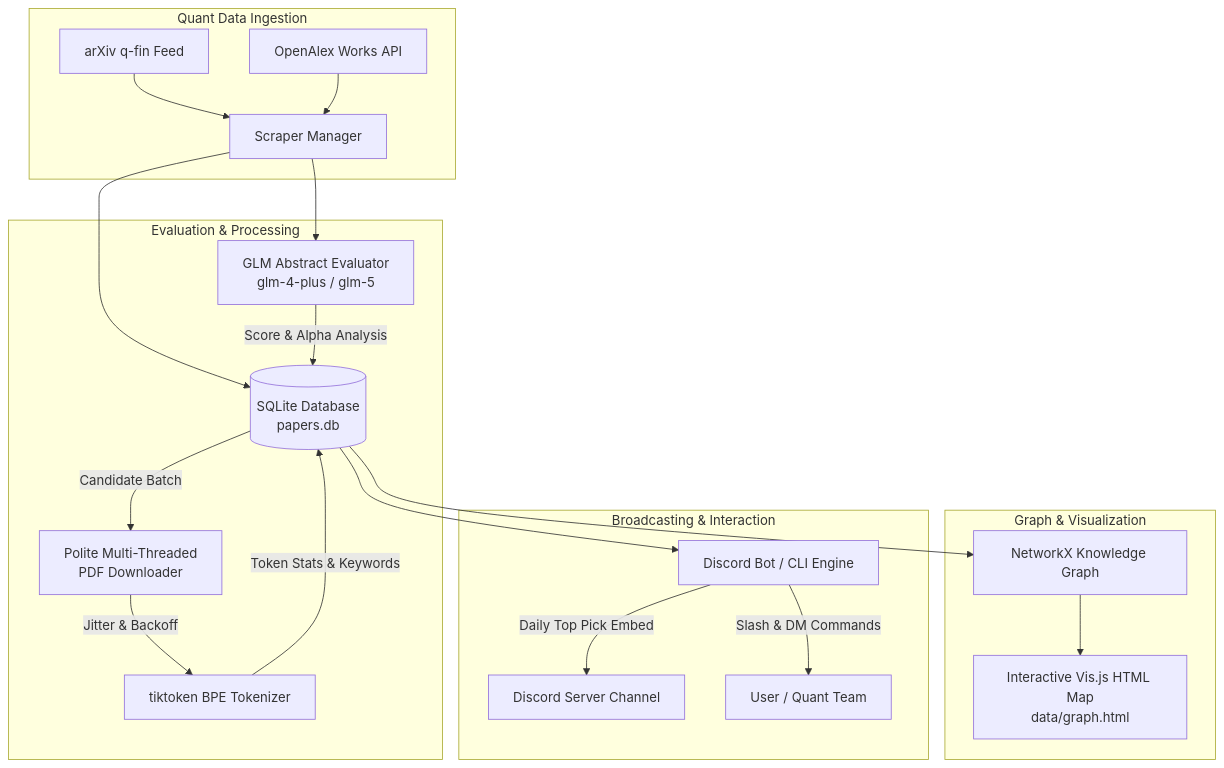
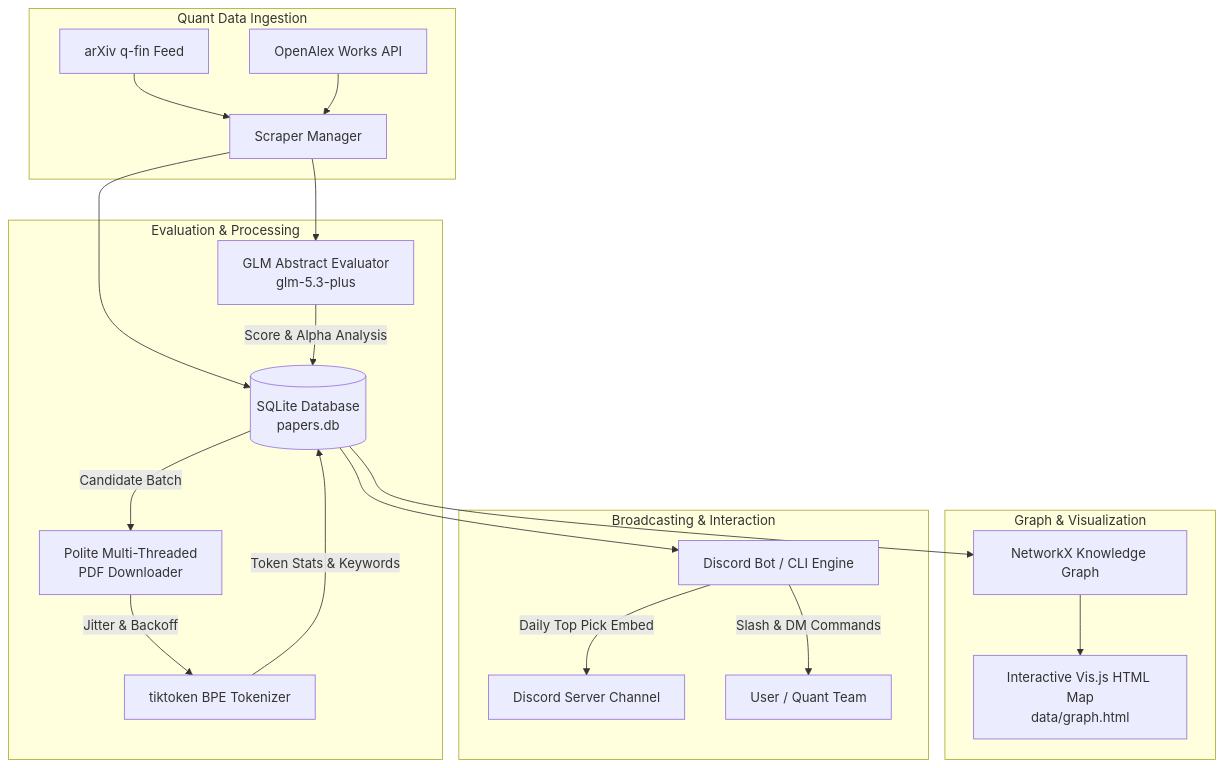
One commit to zyrxun/QuantPaperScraper changed the diagram in README.md. Above: the diagram before and after it, drawn with Mermaid. The commit also changed other lines of this file and 16 other files, not shown here.

````diff
--- a/README.md
+++ b/README.md
@@ -82,27 +83,27 @@
 ```mermaid
 graph TD
     subgraph Quant Data Ingestion
         A1[arXiv q-fin Feed] --> SM[Scraper Manager]
         A2[OpenAlex Works API] --> SM
     end
 
     subgraph Evaluation & Processing
         SM --> DB[(SQLite Database\npapers.db)]
-        SM --> GLM[GLM Abstract Evaluator\nglm-4-plus / glm-5]
+        SM --> GLM[GLM Abstract Evaluator\nglm-5.3-plus]
         GLM -->|Score & Alpha Analysis| DB
         DB -->|Candidate Batch| PDF[Polite Multi-Threaded\nPDF Downloader]
         PDF -->|Jitter & Backoff| TOK[tiktoken BPE Tokenizer]
         TOK -->|Token Stats & Keywords| DB
     end
 
     subgraph Graph & Visualization
         DB --> NX[NetworkX Knowledge Graph]
         NX --> HTML[Interactive Vis.js HTML Map\ndata/graph.html]
     end
 
     subgraph Broadcasting & Interaction
         DB --> BOT[Discord Bot / CLI Engine]
         BOT -->|Daily Top Pick Embed| DISCORD[Discord Server Channel]
         BOT -->|Slash & DM Commands| USER[User / Quant Team]
     end
 ```
````
